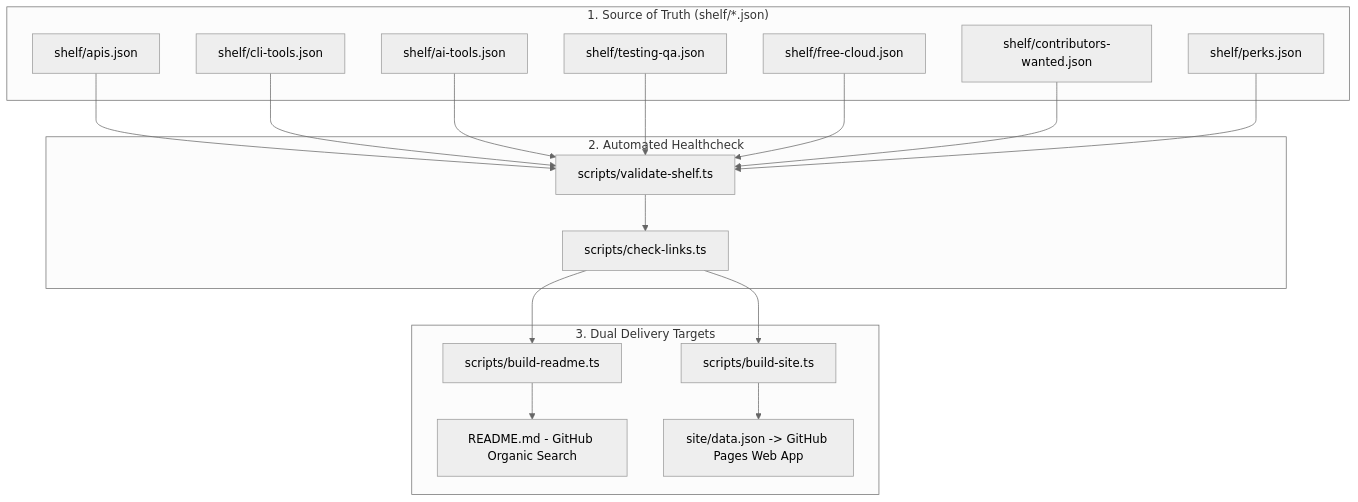
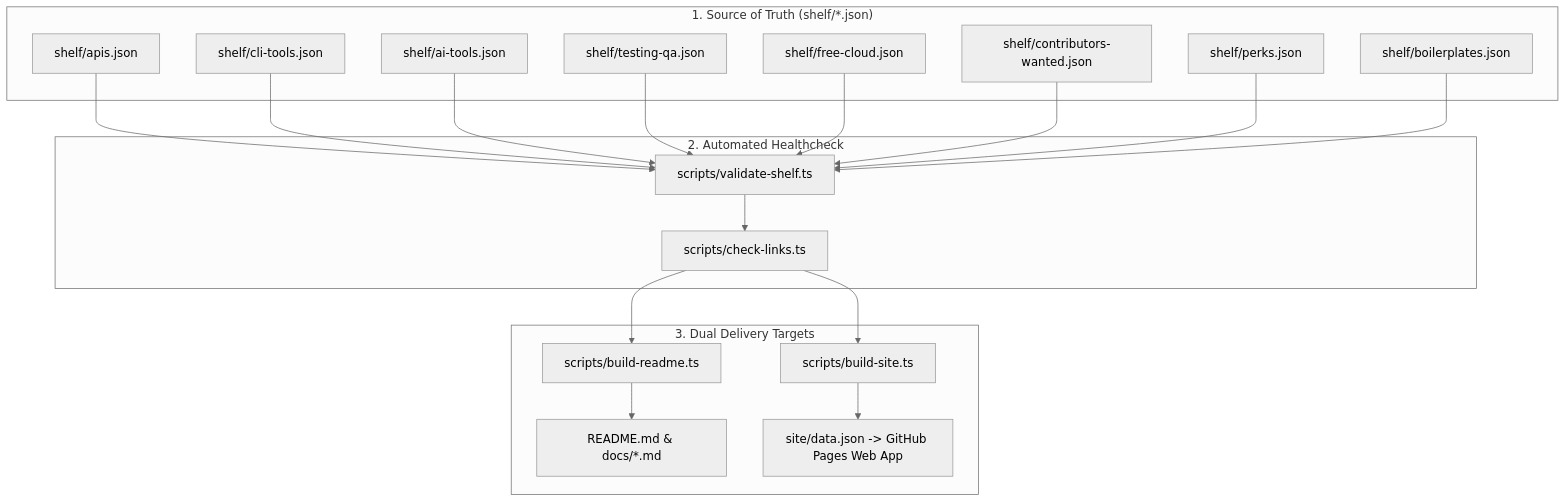
The diagram in wiki/Home.md (RitualDev-Lab/DevShelf), drawn with Mermaid (neutral theme) before and after one commit. The commit also changed other lines of this file and 19 other files, not shown here.

````diff
--- a/wiki/Home.md
+++ b/wiki/Home.md
@@ -30,26 +30,27 @@
 ```mermaid
 flowchart TD
     subgraph DataLayer ["1. Source of Truth (shelf/*.json)"]
         A1[shelf/apis.json]
         A2[shelf/cli-tools.json]
         A3[shelf/ai-tools.json]
         A4[shelf/testing-qa.json]
         A5[shelf/free-cloud.json]
         A6[shelf/contributors-wanted.json]
         A7[shelf/perks.json]
+        A8[shelf/boilerplates.json]
     end
 
     subgraph Validation ["2. Automated Healthcheck"]
         B1[scripts/validate-shelf.ts]
         B2[scripts/check-links.ts]
-        A1 & A2 & A3 & A4 & A5 & A6 & A7 --> B1
+        A1 & A2 & A3 & A4 & A5 & A6 & A7 & A8 --> B1
         B1 --> B2
     end
 
     subgraph Distribution ["3. Dual Delivery Targets"]
-        C1[scripts/build-readme.ts] --> D1[README.md - GitHub Organic Search]
+        C1[scripts/build-readme.ts] --> D1[README.md & docs/*.md]
         C2[scripts/build-site.ts] --> D2[site/data.json -> GitHub Pages Web App]
         B2 --> C1
         B2 --> C2
     end
 ```
````
